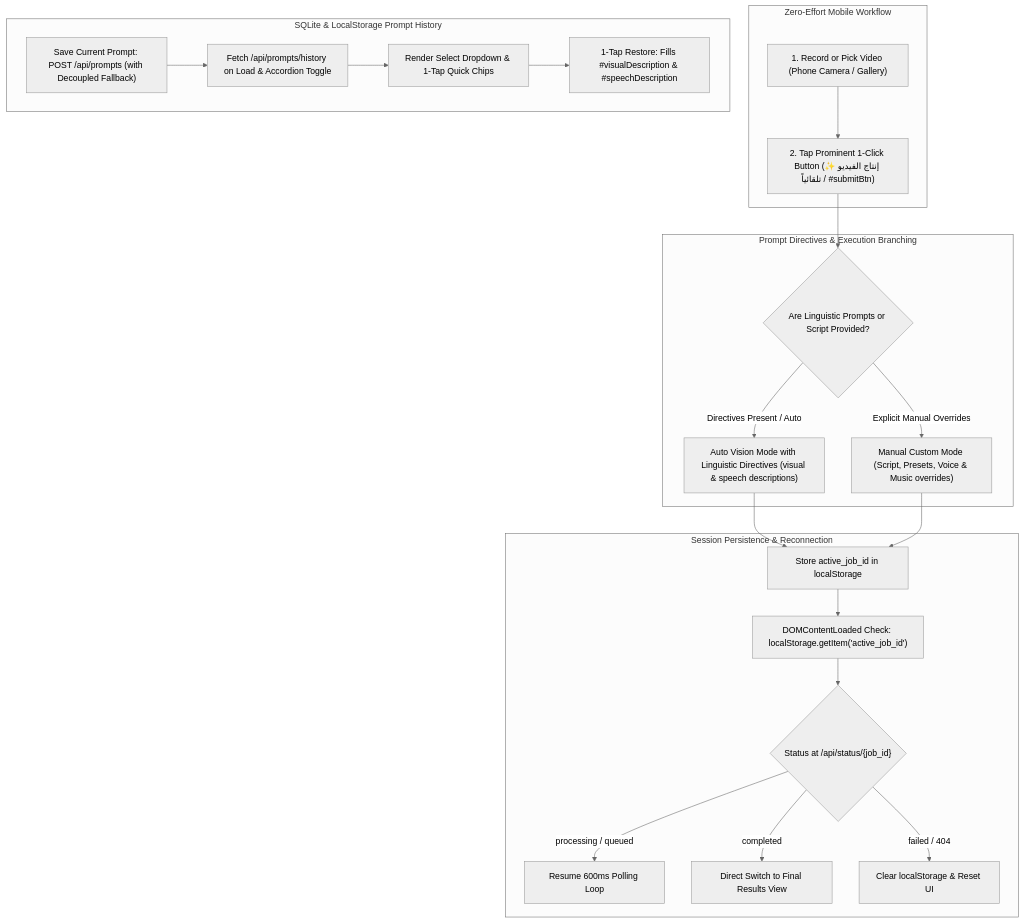
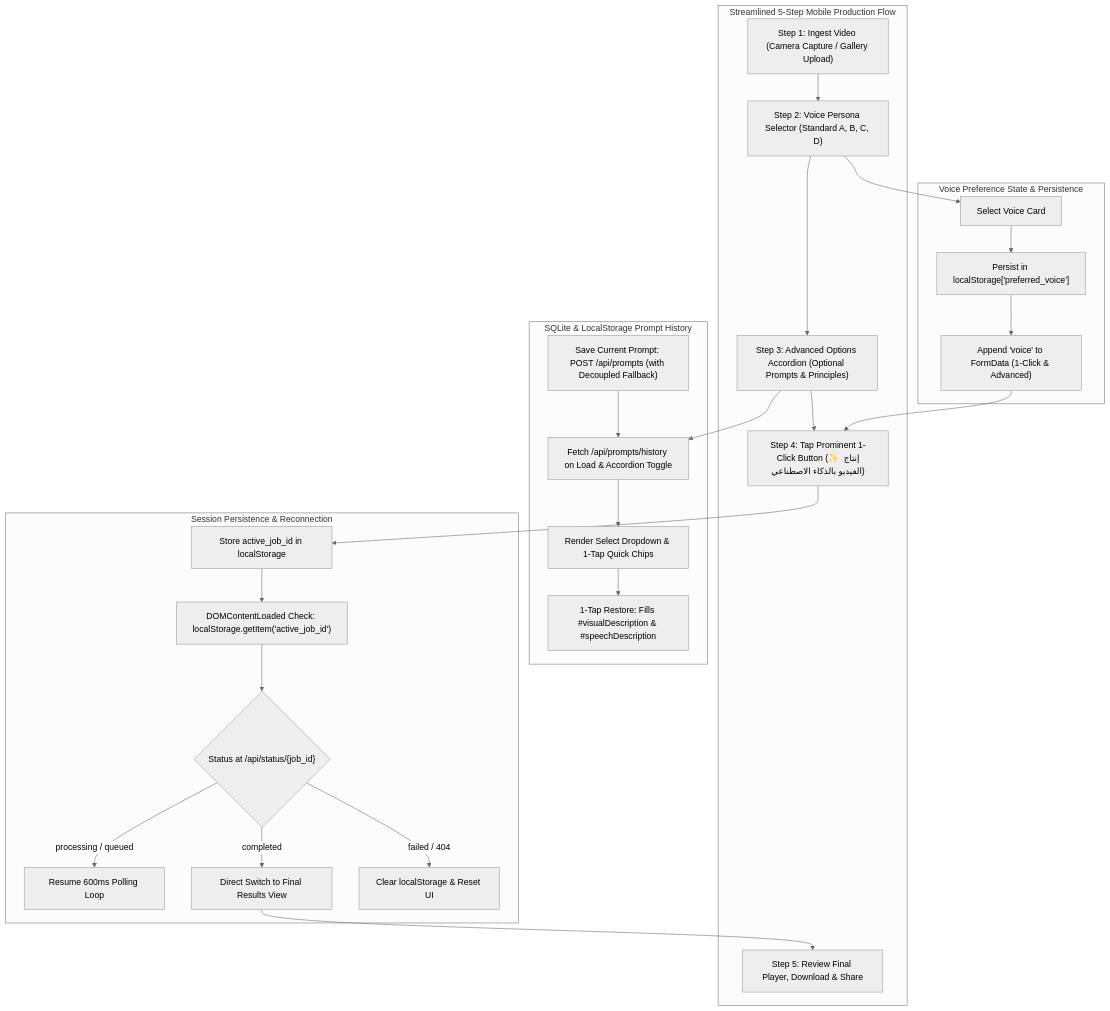
Before and after one commit to MohammedBoure/lok: the diagram in web/static/README.md, drawn with Mermaid (neutral theme). The commit also changed other lines of this file and 4 other files, not shown here.

Commit message:
feat(frontend): add prominent voice selector and declutter mobile UI for streamlined production

````diff
--- a/web/static/README.md
+++ b/web/static/README.md
@@ -29,43 +34,46 @@
 ```mermaid
 flowchart TD
-    subgraph User_Action["Zero-Effort Mobile Workflow"]
-        A["1. Record or Pick Video (Phone Camera / Gallery)"]
-        B["2. Tap Prominent 1-Click Button (✨ إنتاج الفيديو تلقائياً / #submitBtn)"]
+    subgraph Streamlined_Mobile_Flow["Streamlined 5-Step Mobile Production Flow"]
+        S1["Step 1: Ingest Video (Camera Capture / Gallery Upload)"]
+        S2["Step 2: Voice Persona Selector (Standard A, B, C, D)"]
+        S3["Step 3: Advanced Options Accordion (Optional Prompts & Principles)"]
+        S4["Step 4: Tap Prominent 1-Click Button (✨ إنتاج الفيديو بالذكاء الاصطناعي)"]
+        S5["Step 5: Review Final Player, Download & Share"]
     end
 
-    subgraph Prompt_Or_Mode["Prompt Directives & Execution Branching"]
-        C{"Are Linguistic Prompts or Script Provided?"}
-        D["Auto Vision Mode with Linguistic Directives (visual & speech descriptions)"]
-        E["Manual Custom Mode (Script, Presets, Voice & Music overrides)"]
+    subgraph Voice_Engine["Voice Preference State & Persistence"]
+        V1["Select Voice Card"]
+        V2["Persist in localStorage['preferred_voice']"]
+        V3["Append 'voice' to FormData (1-Click & Advanced)"]
     end
 
     subgraph Prompt_Storage["SQLite & LocalStorage Prompt History"]
         P1["Fetch /api/prompts/history on Load & Accordion Toggle"]
         P2["Render Select Dropdown & 1-Tap Quick Chips"]
         P3["1-Tap Restore: Fills #visualDescription & #speechDescription"]
         P4["Save Current Prompt: POST /api/prompts (with Decoupled Fallback)"]
     end
 
     subgraph Session_Persistence["Session Persistence & Reconnection"]
         F["Store active_job_id in localStorage"]
         G["DOMContentLoaded Check: localStorage.getItem('active_job_id')"]
         H{"Status at /api/status/{job_id}"}
         I["Resume 600ms Polling Loop"]
         J["Direct Switch to Final Results View"]
         K["Clear localStorage & Reset UI"]
     end
 
-    A --> B
-    P1 --> P2 --> P3
+    S1 --> S2
+    S2 --> V1 --> V2 --> V3
+    S2 --> S3
+    S3 --> P1 --> P2 --> P3
     P4 --> P1
-    B --> C
-    C -- Directives Present / Auto --> D
-    C -- Explicit Manual Overrides --> E
-    D --> F
-    E --> F
+    S3 --> S4
+    V3 --> S4
+    S4 --> F
     F --> G
     G --> H
     H -- processing / queued --> I
-    H -- completed --> J
+    H -- completed --> J --> S5
     H -- failed / 404 --> K
 ```
````
